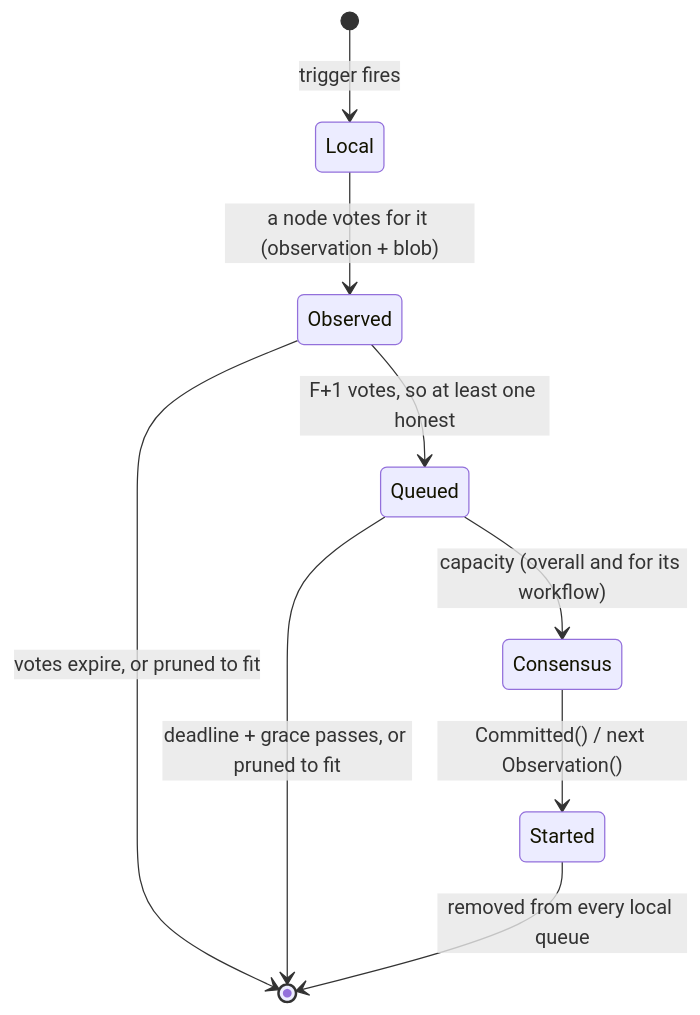
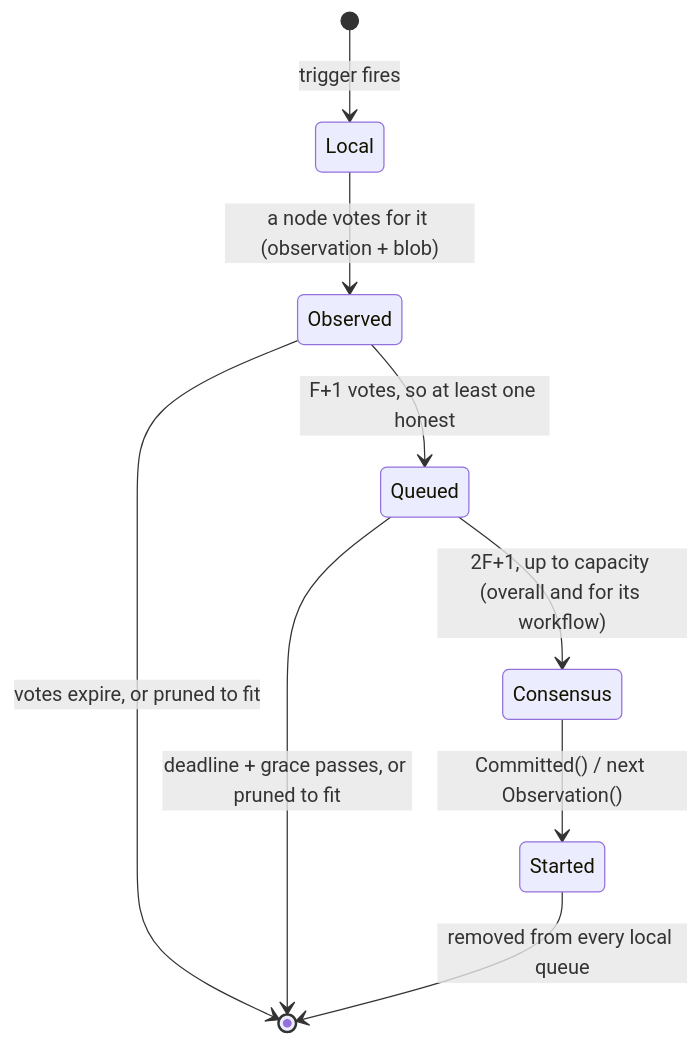
The second of 2 diagrams in core/services/ocr3_1/plugins/queue/README.md (smartcontractkit/chainlink), drawn with Mermaid before and after one commit. The commit also changed other lines of this file and 3 other files, not shown here.

````diff
--- a/core/services/ocr3_1/plugins/queue/README.md
+++ b/core/services/ocr3_1/plugins/queue/README.md
@@ -109,11 +109,11 @@
 ```mermaid
 stateDiagram-v2
     [*] --> Local: trigger fires
     Local --> Observed: a node votes for it (observation + blob)
     Observed --> Queued: F+1 votes, so at least one honest
     Observed --> [*]: votes expire, or pruned to fit
-    Queued --> Consensus: capacity (overall and for its workflow)
+    Queued --> Consensus: 2F+1, up to capacity (overall and for its workflow)
     Queued --> [*]: deadline + grace passes, or pruned to fit
     Consensus --> Started: Committed() / next Observation()
     Started --> [*]: removed from every local queue
 ```
````
